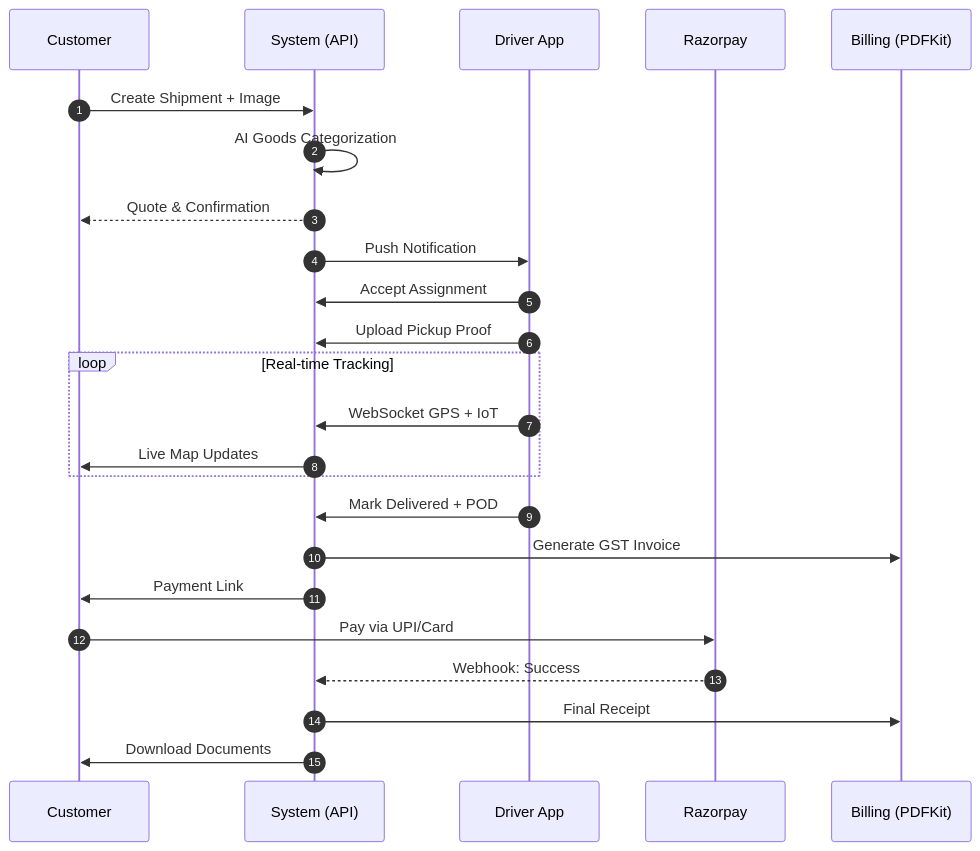
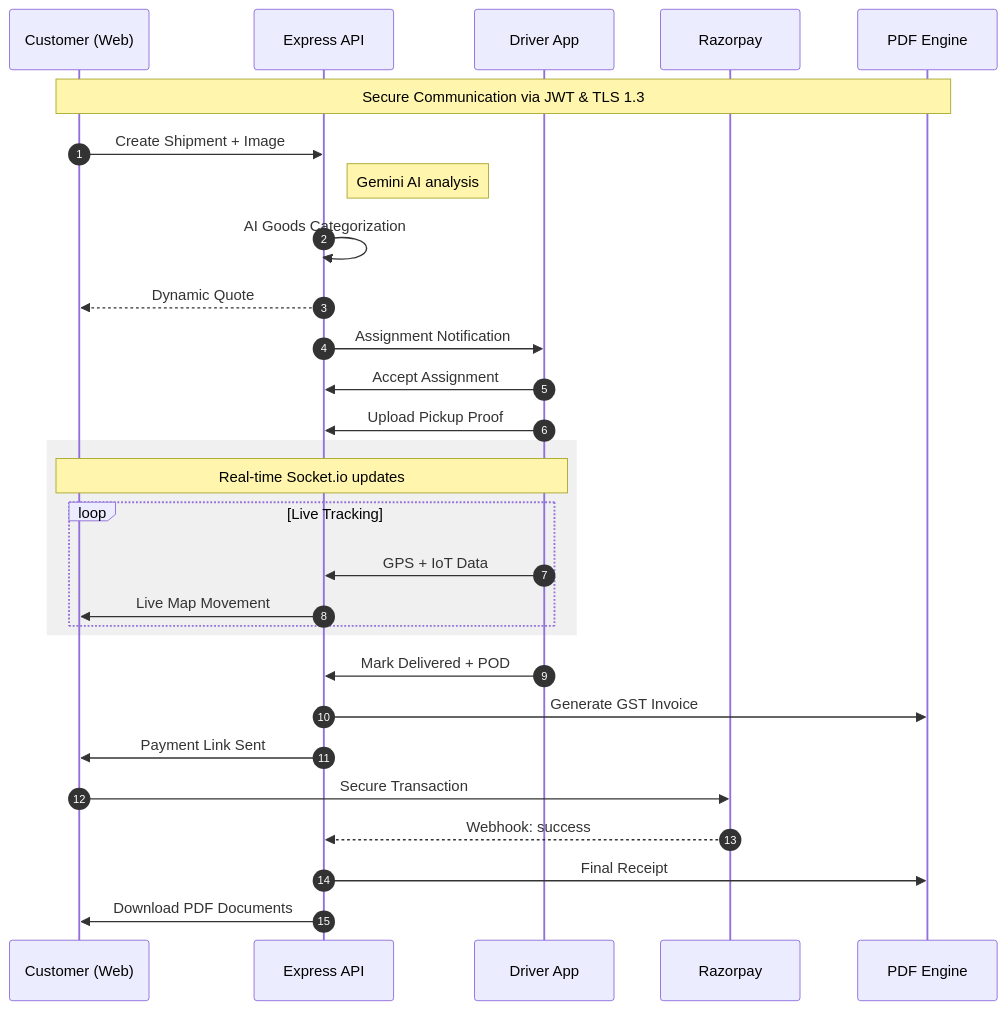
One commit to saahil-007/JSHS_Logistics changed the third of 6 diagrams in COMPREHENSIVE_REPORT.md. Above: the diagram before and after it, drawn with Mermaid. The commit also changed other lines of this file, not shown here.

````diff
--- a/COMPREHENSIVE_REPORT.md
+++ b/COMPREHENSIVE_REPORT.md
@@ -124,27 +135,37 @@
 ```mermaid
 sequenceDiagram
     autonumber
-    participant C as Customer
-    participant S as System (API)
+    
+    %% High Contrast Participants
+    participant C as Customer (Web)
+    participant S as Express API
     participant D as Driver App
     participant P as Razorpay
-    participant B as Billing (PDFKit)
+    participant B as PDF Engine
+
+    Note over C, B: Secure Communication via JWT & TLS 1.3
 
     C->>S: Create Shipment + Image
+    Note right of S: Gemini AI analysis
     S->>S: AI Goods Categorization
-    S-->>C: Quote & Confirmation
-    S->>D: Push Notification
+    S-->>C: Dynamic Quote
+    S->>D: Assignment Notification
     D->>S: Accept Assignment
     D->>S: Upload Pickup Proof
-    loop Real-time Tracking
-        D->>S: WebSocket GPS + IoT
-        S->>C: Live Map Updates
+    
+    rect rgb(240, 240, 240)
+        Note over C, D: Real-time Socket.io updates
+        loop Live Tracking
+            D->>S: GPS + IoT Data
+            S->>C: Live Map Movement
+        end
     end
+
     D->>S: Mark Delivered + POD
     S->>B: Generate GST Invoice
-    S->>C: Payment Link
-    C->>P: Pay via UPI/Card
-    P-->>S: Webhook: Success
+    S->>C: Payment Link Sent
+    C->>P: Secure Transaction
+    P-->>S: Webhook: success
     S->>B: Final Receipt
-    S->>C: Download Documents
+    S->>C: Download PDF Documents
 ```
````
